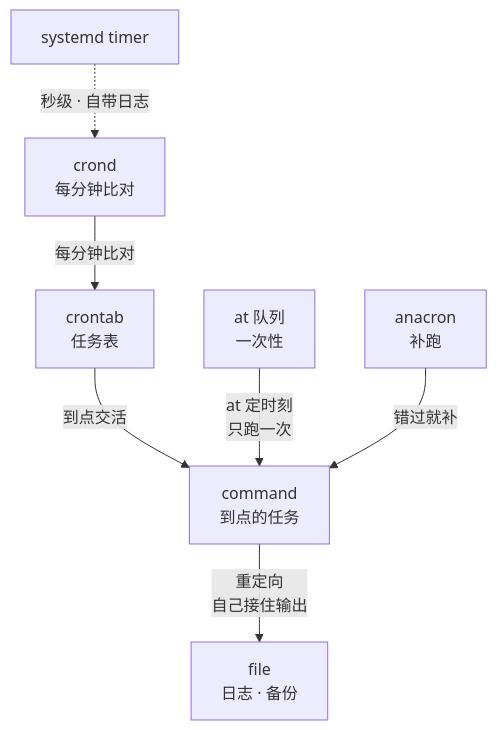
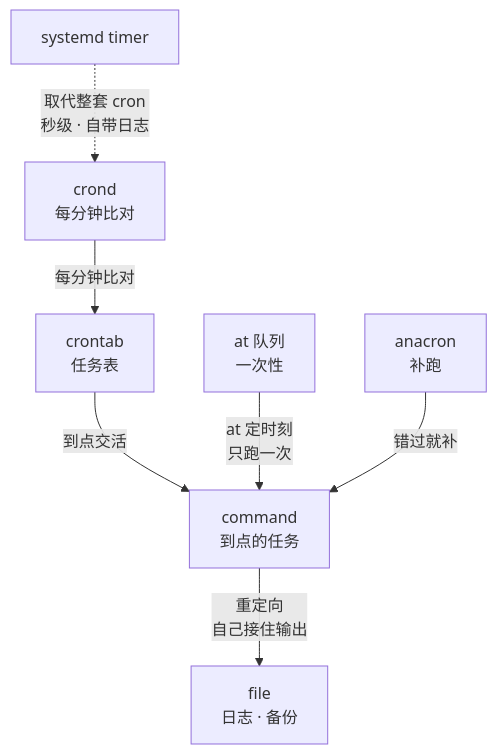
Before and after one commit to wangxiangnan/wangxiangnan.github.io: the diagram in src/linux-command/ch12.md, drawn with Mermaid. The commit also changed other lines of this file and 32 other files, not shown here.

````diff
--- a/src/linux-command/ch12.md
+++ b/src/linux-command/ch12.md
@@ -14,16 +12,16 @@
 ```mermaid
 flowchart TB
     TBL["crontab<br>任务表"]
     CROND["crond<br>每分钟比对"]
     JOB["command<br>到点的任务"]
     F["file<br>日志 · 备份"]
     ATQ["at 队列<br>一次性"]
     ANA["anacron<br>补跑"]
     TMR["systemd timer"]
     CROND -->|"每分钟比对"| TBL
     TBL -->|"到点交活"| JOB
     ATQ -->|"at 定时刻<br>只跑一次"| JOB
     ANA -->|"错过就补"| JOB
     JOB -->|"重定向<br>自己接住输出"| F
-    TMR -.->|"秒级 · 自带日志"| CROND
+    TMR -.->|"取代整套 cron<br>秒级 · 自带日志"| CROND
 ```
````
